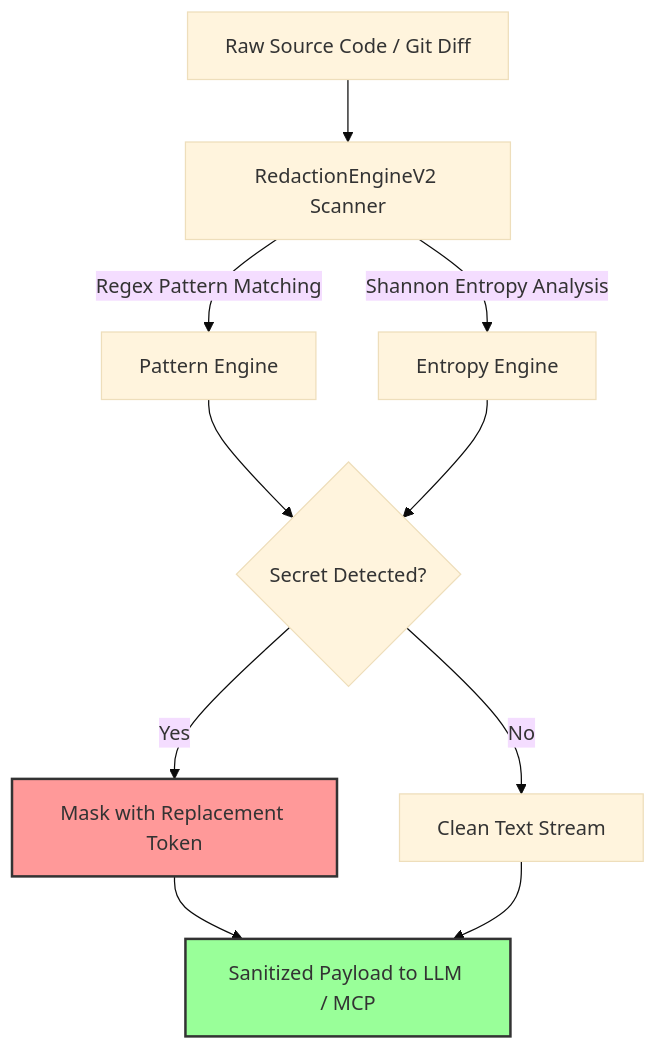
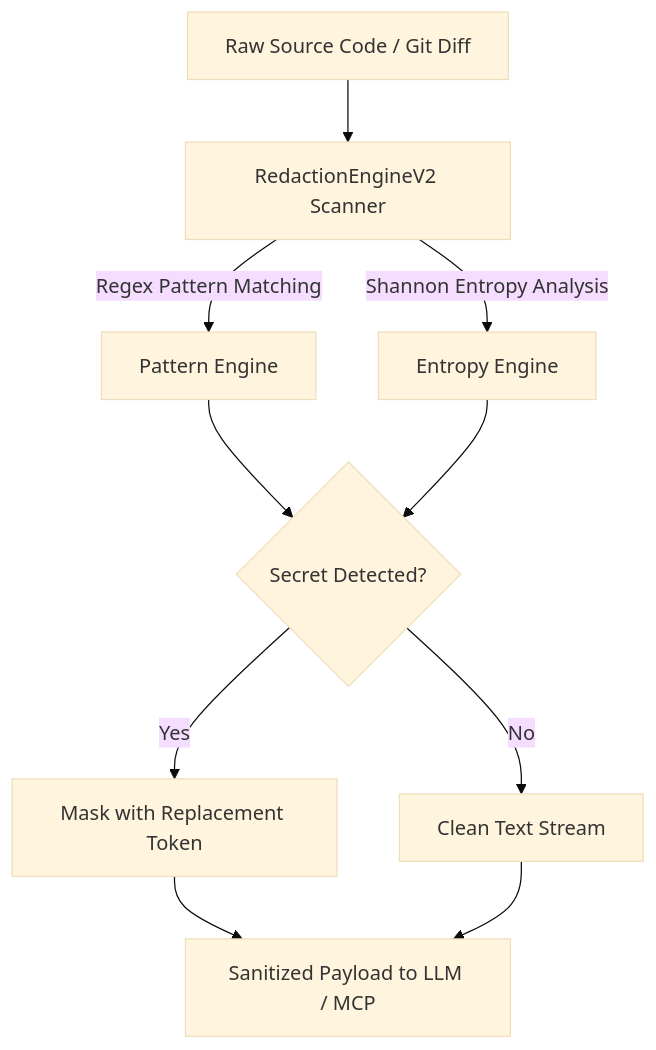
One commit to EldrexDelosReyesBula/DevDiff changed the diagram in docs/security/redaction-engine.md. Above: the diagram before and after it, drawn with Mermaid (base theme). The commit also changed other lines of this file and 187 other files, not shown here.

First line of the commit message:
release: v1.8.0 — multi-registry distribution, plugin architecture & documentation overhaul

````diff
--- a/docs/security/redaction-engine.md
+++ b/docs/security/redaction-engine.md
@@ -9,15 +9,12 @@
 ```mermaid
 flowchart TD
     A[Raw Source Code / Git Diff] --> B[RedactionEngineV2 Scanner]
     B -->|Regex Pattern Matching| C[Pattern Engine]
     B -->|Shannon Entropy Analysis| D[Entropy Engine]
     C --> E{Secret Detected?}
     D --> E
     E -->|Yes| F[Mask with Replacement Token]
     E -->|No| G[Clean Text Stream]
     F --> H[Sanitized Payload to LLM / MCP]
     G --> H
-
-    style F fill:#f99,stroke:#333,stroke-width:2px
-    style H fill:#9f9,stroke:#333,stroke-width:2px
 ```
````
